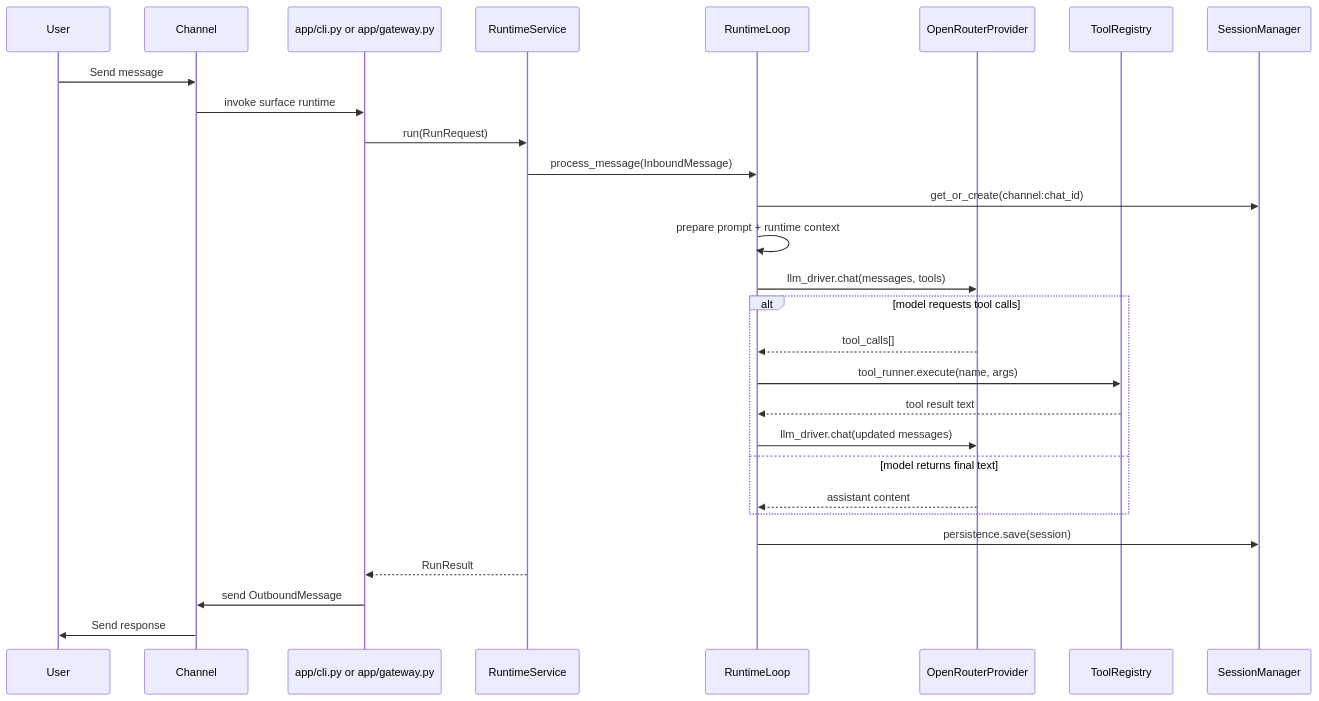
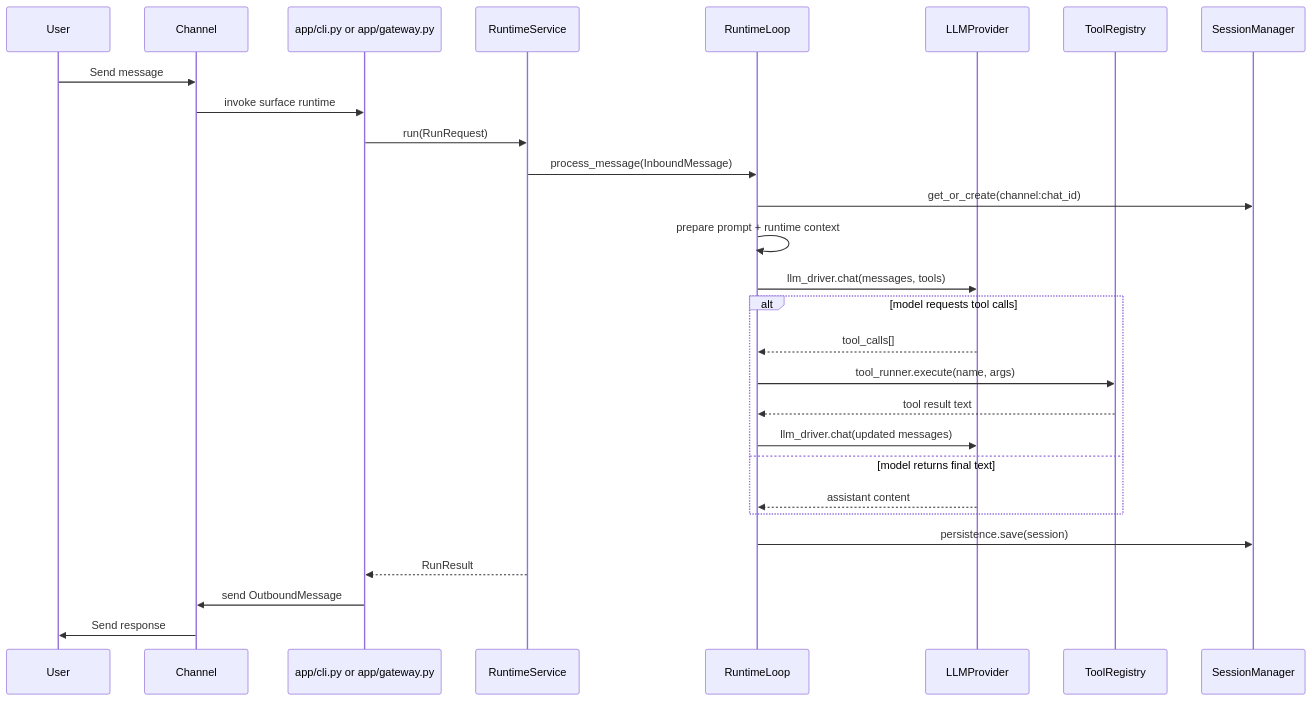
One commit to milescole/sideclaw changed the diagram in TECHNICAL.md. Above: the diagram before and after it, drawn with Mermaid. The commit also changed other lines of this file and 9 other files, not shown here.

````diff
--- a/TECHNICAL.md
+++ b/TECHNICAL.md
@@ -41,33 +41,33 @@
 ```mermaid
 sequenceDiagram
     participant User
     participant Channel
     participant App as app/cli.py or app/gateway.py
     participant Runtime as RuntimeService
     participant Agent as RuntimeLoop
-    participant LLM as OpenRouterProvider
+    participant LLM as LLMProvider
     participant Tools as ToolRegistry
     participant Session as SessionManager
 
     User->>Channel: Send message
     Channel->>App: invoke surface runtime
     App->>Runtime: run(RunRequest)
     Runtime->>Agent: process_message(InboundMessage)
     Agent->>Session: get_or_create(channel:chat_id)
     Agent->>Agent: prepare prompt + runtime context
     Agent->>LLM: llm_driver.chat(messages, tools)
 
     alt model requests tool calls
         LLM-->>Agent: tool_calls[]
         Agent->>Tools: tool_runner.execute(name, args)
         Tools-->>Agent: tool result text
         Agent->>LLM: llm_driver.chat(updated messages)
     else model returns final text
         LLM-->>Agent: assistant content
     end
 
     Agent->>Session: persistence.save(session)
     Runtime-->>App: RunResult
     App->>Channel: send OutboundMessage
     Channel->>User: Send response
 ```
````
